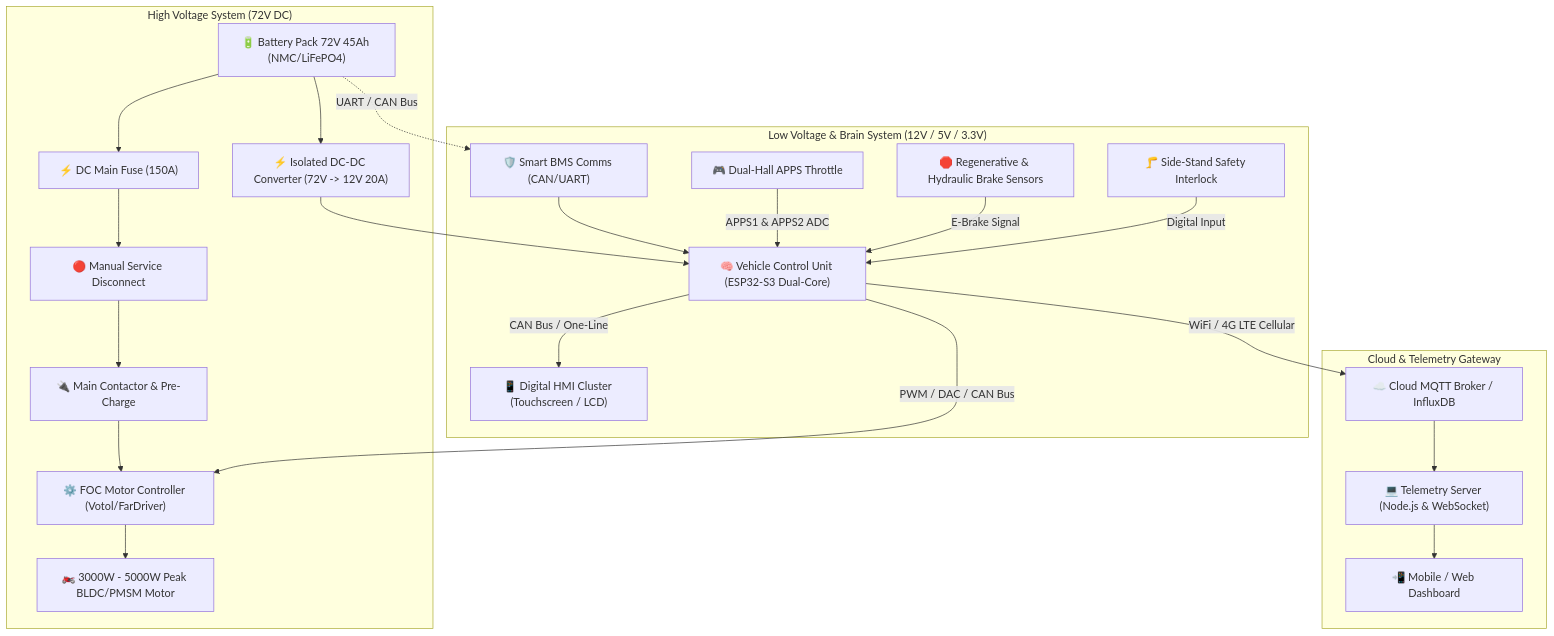
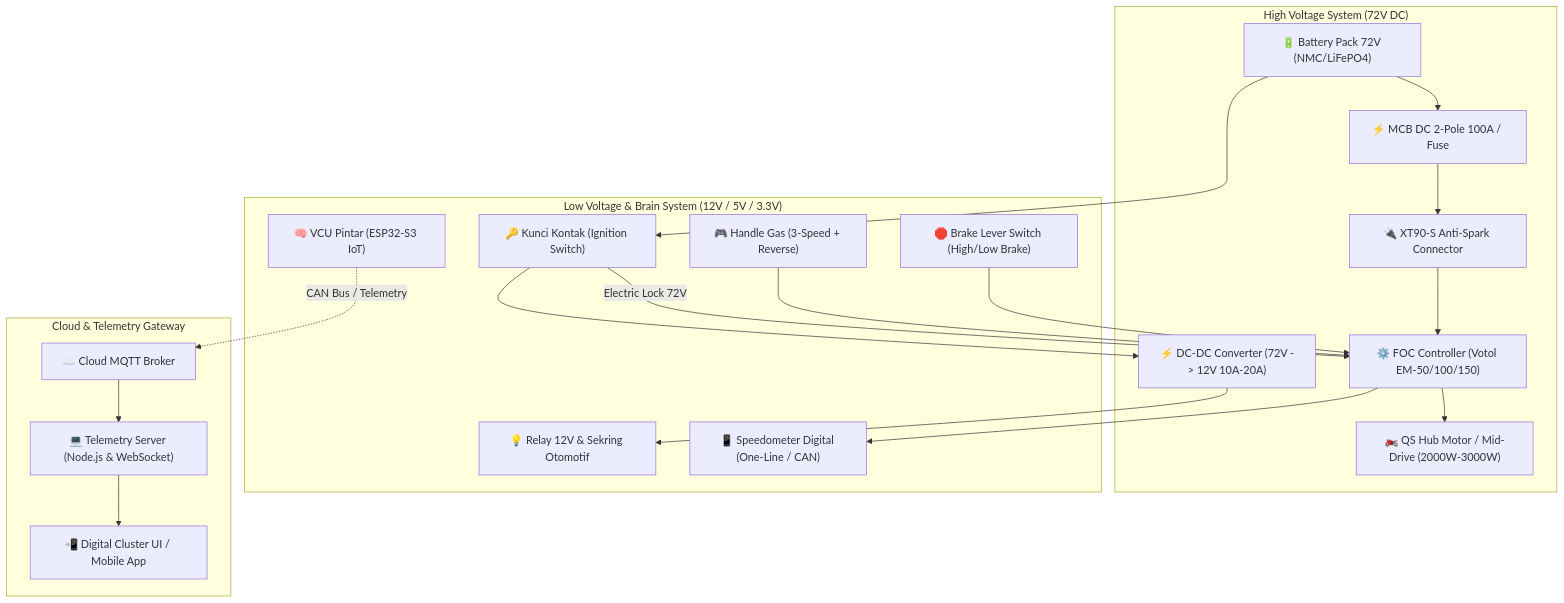
The diagram in README.md (muhammadfikri-dev/laksanasoft-ev), drawn with Mermaid before and after one commit. The commit also changed other lines of this file and 3 other files, not shown here.

Commit message:
docs: add detailed local Indonesian shopping guide and master pin-to-pin wiring diagram

````diff
--- a/README.md
+++ b/README.md
@@ -28,40 +30,36 @@
 ```mermaid
 graph TD
     subgraph "High Voltage System (72V DC)"
-        BATT["🔋 Battery Pack 72V 45Ah (NMC/LiFePO4)"]
-        FUSE["⚡ DC Main Fuse (150A)"]
-        MSD["🔴 Manual Service Disconnect"]
-        CONTACTOR["🔌 Main Contactor & Pre-Charge"]
-        INVERTER["⚙️ FOC Motor Controller (Votol/FarDriver)"]
-        MOTOR["🏍️ 3000W - 5000W Peak BLDC/PMSM Motor"]
-        DCDC["⚡ Isolated DC-DC Converter (72V -> 12V 20A)"]
+        BATT["🔋 Battery Pack 72V (NMC/LiFePO4)"]
+        MCB["⚡ MCB DC 2-Pole 100A / Fuse"]
+        ANTISPARK["🔌 XT90-S Anti-Spark Connector"]
+        INVERTER["⚙️ FOC Controller (Votol EM-50/100/150)"]
+        MOTOR["🏍️ QS Hub Motor / Mid-Drive (2000W-3000W)"]
+        DCDC["⚡ DC-DC Converter (72V -> 12V 10A-20A)"]
     end
 
     subgraph "Low Voltage & Brain System (12V / 5V / 3.3V)"
-        VCU["🧠 Vehicle Control Unit (ESP32-S3 Dual-Core)"]
-        THROTTLE["🎮 Dual-Hall APPS Throttle"]
-        BRAKE["🛑 Regenerative & Hydraulic Brake Sensors"]
-        STAND["🦵 Side-Stand Safety Interlock"]
-        DASH["📱 Digital HMI Cluster (Touchscreen / LCD)"]
-        BMS_COMM["🛡️ Smart BMS Comms (CAN/UART)"]
+        IGNITION["🔑 Kunci Kontak (Ignition Switch)"]
+        THROTTLE["🎮 Handle Gas (3-Speed + Reverse)"]
+        BRAKE["🛑 Brake Lever Switch (High/Low Brake)"]
+        RELAY["💡 Relay 12V & Sekring Otomotif"]
+        DASH["📱 Speedometer Digital (One-Line / CAN)"]
+        VCU["🧠 VCU Pintar (ESP32-S3 IoT)"]
     end
 
     subgraph "Cloud & Telemetry Gateway"
-        MQTT["☁️ Cloud MQTT Broker / InfluxDB"]
+        MQTT["☁️ Cloud MQTT Broker"]
         BACKEND["💻 Telemetry Server (Node.js & WebSocket)"]
-        APP["📲 Mobile / Web Dashboard"]
+        APP["📲 Digital Cluster UI / Mobile App"]
     end
 
-    BATT --> FUSE --> MSD --> CONTACTOR --> INVERTER --> MOTOR
-    BATT --> DCDC
-    DCDC --> VCU
-    BATT -.->|UART / CAN Bus| BMS_COMM --> VCU
+    BATT --> MCB --> ANTISPARK --> INVERTER --> MOTOR
+    BATT --> IGNITION --> DCDC --> RELAY
+    IGNITION -->|Electric Lock 72V| INVERTER
     
-    THROTTLE -->|APPS1 & APPS2 ADC| VCU
-    BRAKE -->|E-Brake Signal| VCU
-    STAND -->|Digital Input| VCU
+    THROTTLE --> INVERTER
+    BRAKE --> INVERTER
+    INVERTER --> DASH
 
-    VCU -->|PWM / DAC / CAN Bus| INVERTER
-    VCU -->|CAN Bus / One-Line| DASH
-    VCU -->|WiFi / 4G LTE Cellular| MQTT --> BACKEND --> APP
+    VCU -.->|CAN Bus / Telemetry| MQTT --> BACKEND --> APP
 ```
````
